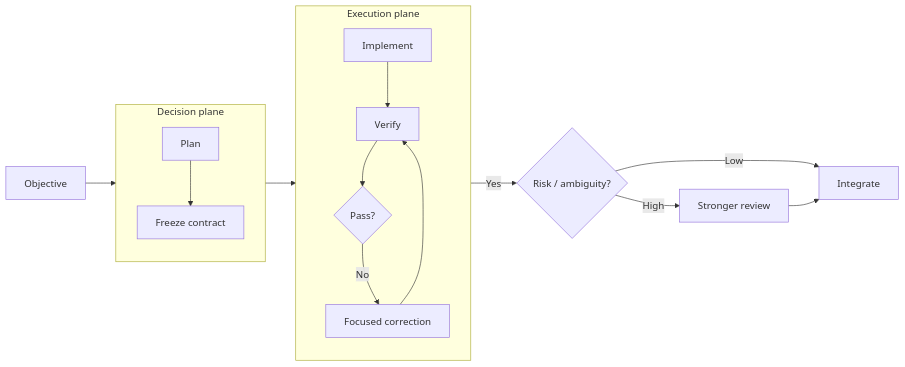
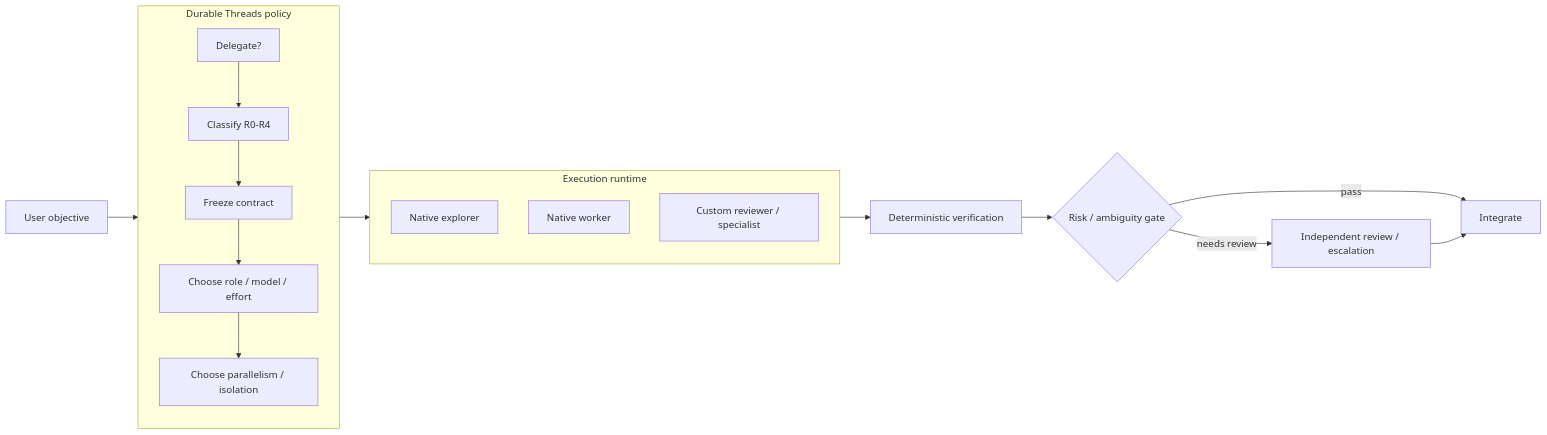
The diagram in README.md (Strataward/durable-threads), drawn with Mermaid before and after one commit. The commit also changed other lines of this file, not shown here.

Commit message:
Reframe Durable Threads around native Codex multi-agent

````diff
--- a/README.md
+++ b/README.md
@@ -37,24 +53,27 @@
 ```mermaid
 flowchart LR
-    U["Objective"] --> DP
+    U["User objective"] --> DT
 
-    subgraph DP["Decision plane"]
+    subgraph DT["Durable Threads policy"]
         direction TB
-        P["Plan"] --> C["Freeze contract"]
+        D["Delegate?"] --> R["Classify R0-R4"]
+        R --> C["Freeze contract"]
+        C --> M["Choose role / model / effort"]
+        M --> P["Choose parallelism / isolation"]
     end
 
-    C --> EP
+    P --> RT
 
-    subgraph EP["Execution plane"]
+    subgraph RT["Execution runtime"]
         direction TB
-        W["Implement"] --> V["Verify"]
-        V --> Q{"Pass?"}
-        Q -->|"No"| F["Focused correction"]
-        F --> V
+        E["Native explorer"]
+        W["Native worker"]
+        X["Custom reviewer / specialist"]
     end
 
-    Q -->|"Yes"| G{"Risk / ambiguity?"}
-    G -->|"Low"| I["Integrate"]
-    G -->|"High"| R["Stronger review"]
-    R --> I
+    RT --> V["Deterministic verification"]
+    V --> G{"Risk / ambiguity gate"}
+    G -->|"pass"| I["Integrate"]
+    G -->|"needs review"| Q["Independent review / escalation"]
+    Q --> I
 ```
````
